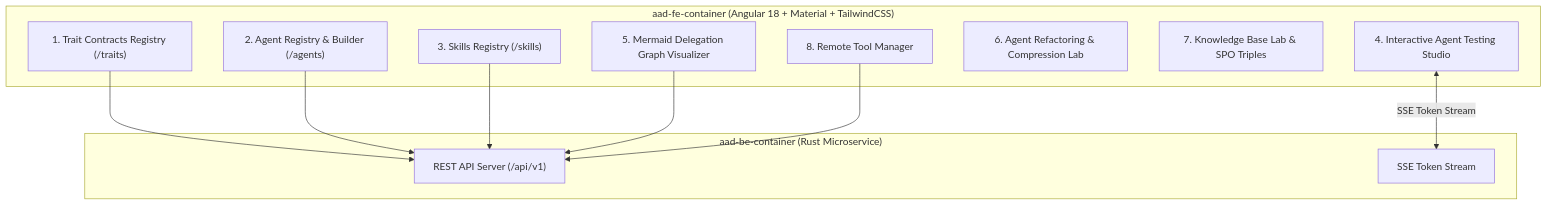
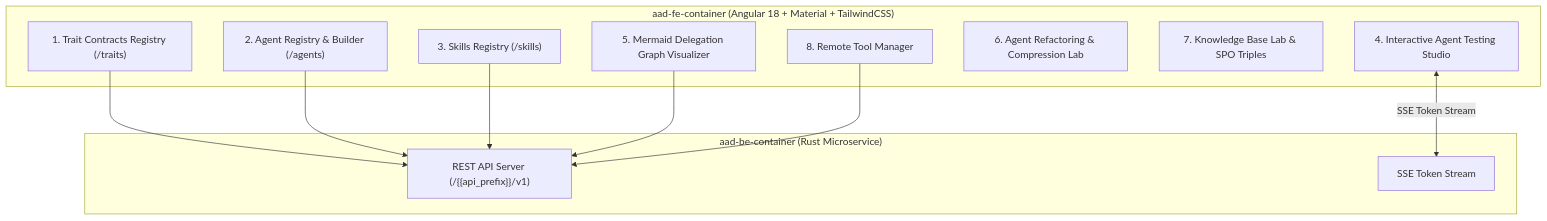
The first of 2 diagrams in spec/prds/agent-ui-testing-kit-prd.md (PolecatWorks/agent-as-data), drawn with Mermaid before and after one commit. The commit also changed other lines of this file and 9 other files, not shown here.

First line of the commit message:
feat: Add customizable api prefix

````diff
--- a/spec/prds/agent-ui-testing-kit-prd.md
+++ b/spec/prds/agent-ui-testing-kit-prd.md
@@ -14,25 +14,25 @@
 ```mermaid
 graph TD
     subgraph Frontend ["aad-fe-container (Angular 18 + Material + TailwindCSS)"]
         TraitRegistry["1. Trait Contracts Registry (/traits)"]
         AgentRegistry["2. Agent Registry & Builder (/agents)"]
         SkillsRegistry["3. Skills Registry (/skills)"]
         TestingKit["4. Interactive Agent Testing Studio"]
         NetworkGraph["5. Mermaid Delegation Graph Visualizer"]
         RefactorStudio["6. Agent Refactoring & Compression Lab"]
         KnowledgeLab["7. Knowledge Base Lab & SPO Triples"]
         ToolManager["8. Remote Tool Manager"]
     end
 
     subgraph Backend ["aad-be-container (Rust Microservice)"]
-        REST["REST API Server (/api/v1)"]
+        REST["REST API Server (/{{api_prefix}}/v1)"]
         SSE["SSE Token Stream"]
     end
 
     TraitRegistry --> REST
     AgentRegistry --> REST
     SkillsRegistry --> REST
     TestingKit <-->|SSE Token Stream| SSE
     NetworkGraph --> REST
     ToolManager --> REST
 ```
````
